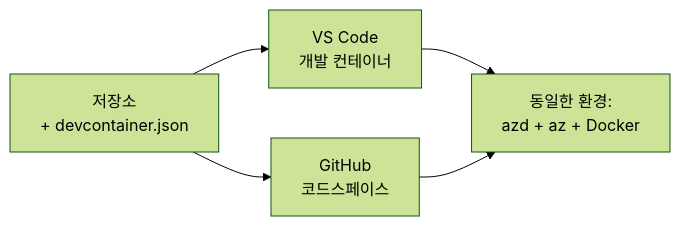
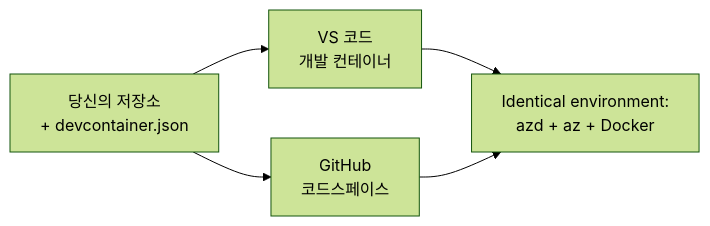
One commit to microsoft/AZD-for-beginners changed the diagram in translations/ko/docs/chapter-01-foundation/dev-containers.md. Above: the diagram before and after it, drawn with Mermaid (forest theme). The commit also changed other lines of this file and 60 other files, not shown here.

````diff
--- a/translations/ko/docs/chapter-01-foundation/dev-containers.md
+++ b/translations/ko/docs/chapter-01-foundation/dev-containers.md
@@ -41,7 +41,7 @@
 ```mermaid
 graph LR
-    Repo[저장소<br/>+ devcontainer.json] --> VSCode[VS Code<br/>개발 컨테이너]
+    Repo[당신의 저장소<br/>+ devcontainer.json] --> VSCode[VS 코드<br/>개발 컨테이너]
     Repo --> Codespaces[GitHub<br/>코드스페이스]
-    VSCode --> Env[동일한 환경:<br/>azd + az + Docker]
+    VSCode --> Env[Identical environment:<br/>azd + az + Docker]
     Codespaces --> Env
 ```
````
